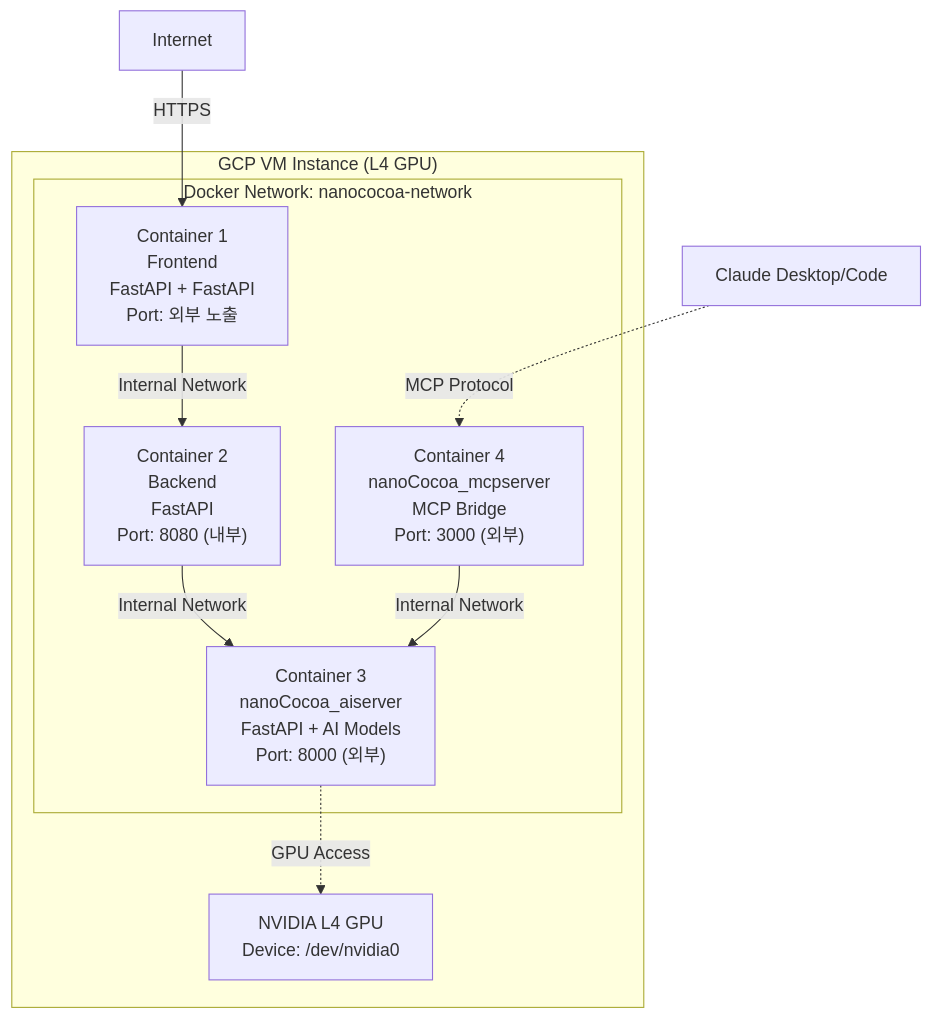
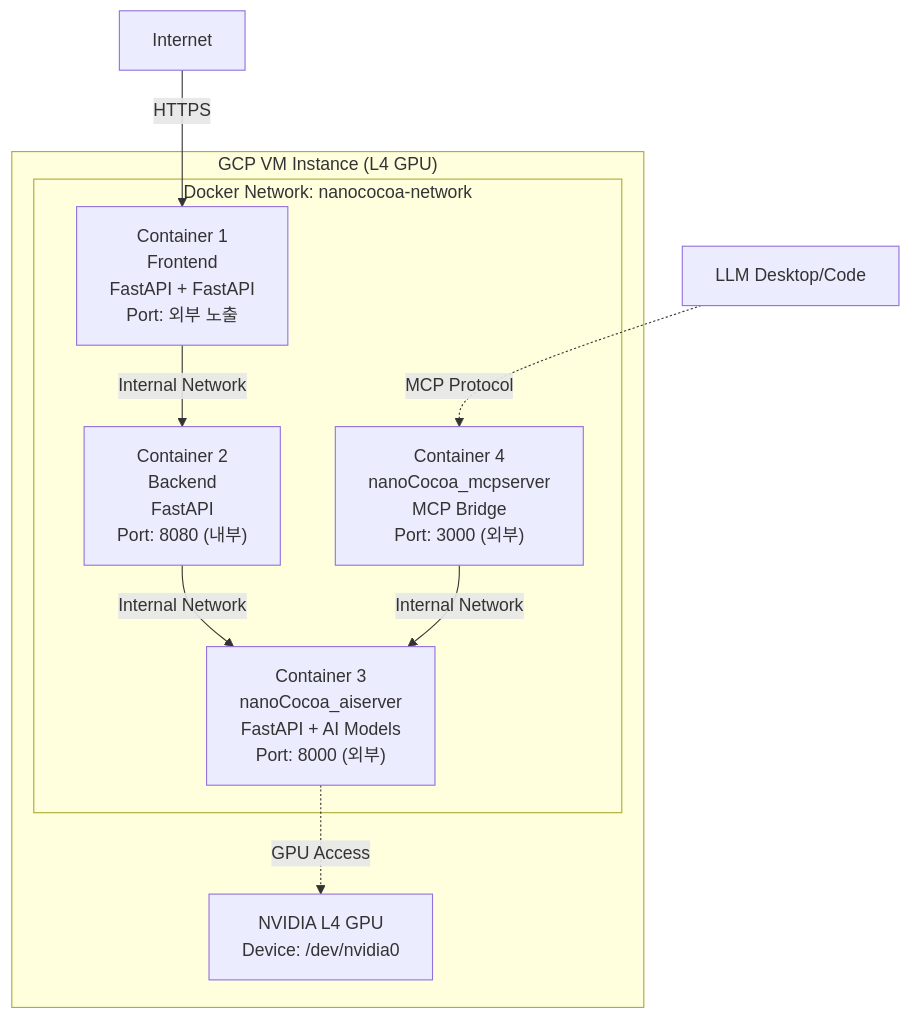
One commit to krapnuyij/codeit-ai-3team-ad-content changed the third of 5 diagrams in docs/doc/아키텍처설계.md. Above: the diagram before and after it, drawn with Mermaid. The commit also changed other lines of this file and 8 other files, not shown here.

````diff
--- a/docs/doc/아키텍처설계.md
+++ b/docs/doc/아키텍처설계.md
@@ -351,33 +363,33 @@
 ```mermaid
 graph TB
     subgraph "GCP VM Instance (L4 GPU)"
         subgraph "Docker Network: nanococoa-network"
             Container1["Container 1
 Frontend
 FastAPI + FastAPI
 Port: 외부 노출"]
             Container2["Container 2
 Backend
 FastAPI
 Port: 8080 (내부)"]
             Container3["Container 3
 nanoCocoa_aiserver
 FastAPI + AI Models
 Port: 8000 (외부)"]
             Container4["Container 4
 nanoCocoa_mcpserver
 MCP Bridge
 Port: 3000 (외부)"]
         end
 
         GPU_Device["NVIDIA L4 GPU
 Device: /dev/nvidia0"]
     end
 
     Internet["Internet"] -->|HTTPS| Container1
-    Claude["Claude Desktop/Code"] -.->|MCP Protocol| Container4
+    LLM["LLM Desktop/Code"] -.->|MCP Protocol| Container4
     Container1 -->|Internal Network| Container2
     Container2 -->|Internal Network| Container3
     Container4 -->|Internal Network| Container3
     Container3 -.->|GPU Access| GPU_Device
 ```
````
